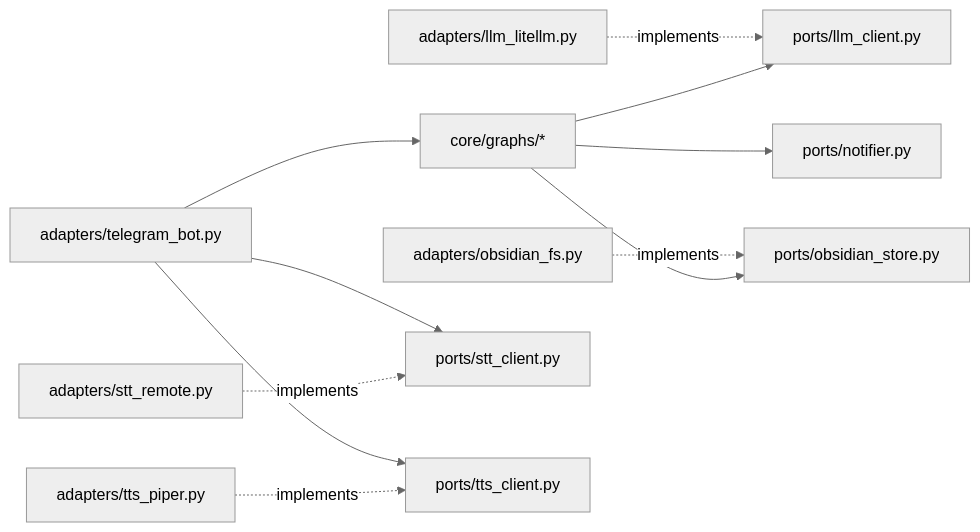
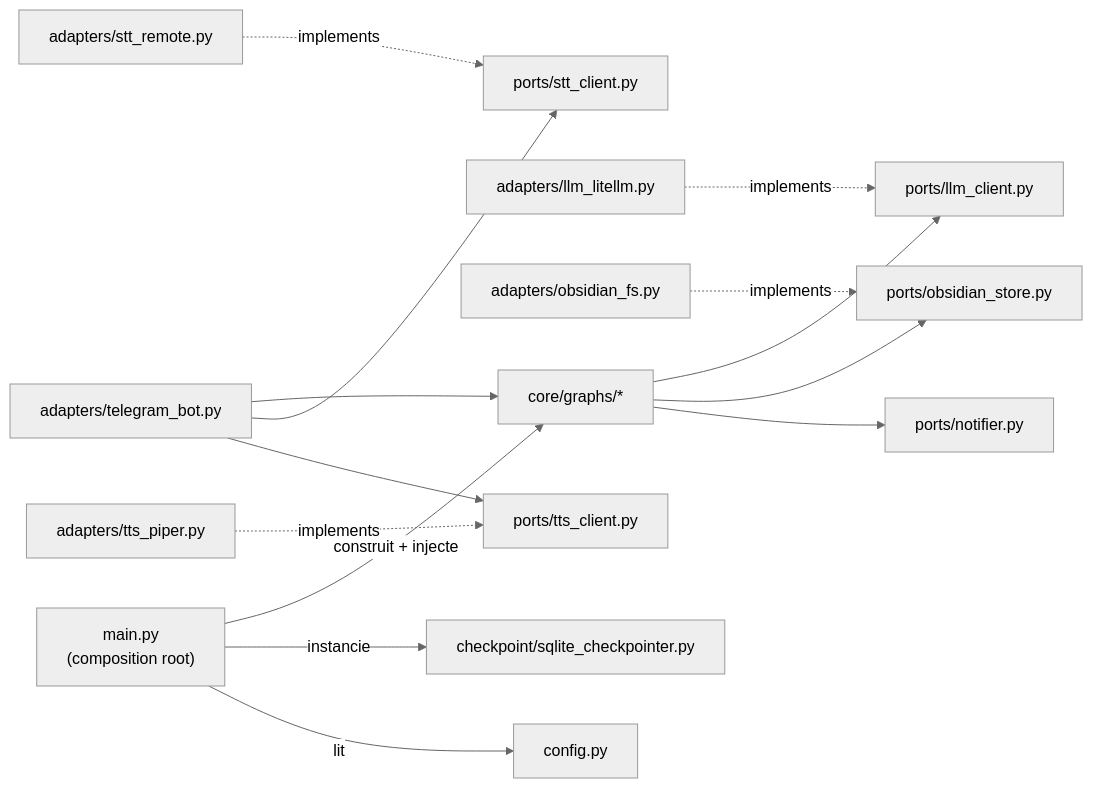
One commit to Jbijjer/n8n-bilan-agent changed the first of 2 diagrams in _bmad-output/planning-artifacts/architecture/architecture-assistant-trajet-quotidien-2026-09-03/ARCHITECTURE-SPINE.md. Above: the diagram before and after it, drawn with Mermaid (neutral theme). The commit also changed other lines of this file and 3 other files, not shown here.

First line of the commit message:
Applique les fixes de la Reviewer Gate au spine d'architecture

````diff
--- a/_bmad-output/planning-artifacts/architecture/architecture-assistant-trajet-quotidien-2026-09-03/ARCHITECTURE-SPINE.md
+++ b/_bmad-output/planning-artifacts/architecture/architecture-assistant-trajet-quotidien-2026-09-03/ARCHITECTURE-SPINE.md
@@ -33,13 +36,16 @@
 ```mermaid
 graph LR
-  telegram_bot["adapters/telegram_bot.py"] --> core["core/graphs/*"]
+  main["main.py<br/>(composition root)"] -->|construit + injecte| core["core/graphs/*"]
+  telegram_bot["adapters/telegram_bot.py"] --> core
   core --> ports_llm["ports/llm_client.py"]
   core --> ports_store["ports/obsidian_store.py"]
   core --> ports_notifier["ports/notifier.py"]
   llm_litellm["adapters/llm_litellm.py"] -.implements.-> ports_llm
   obsidian_fs["adapters/obsidian_fs.py"] -.implements.-> ports_store
   stt_remote["adapters/stt_remote.py"] -.implements.-> ports_stt["ports/stt_client.py"]
   tts_piper["adapters/tts_piper.py"] -.implements.-> ports_tts["ports/tts_client.py"]
   telegram_bot --> ports_stt
   telegram_bot --> ports_tts
+  main -->|instancie| ckpt["checkpoint/sqlite_checkpointer.py"]
+  main -->|lit| config["config.py"]
 ```
````
